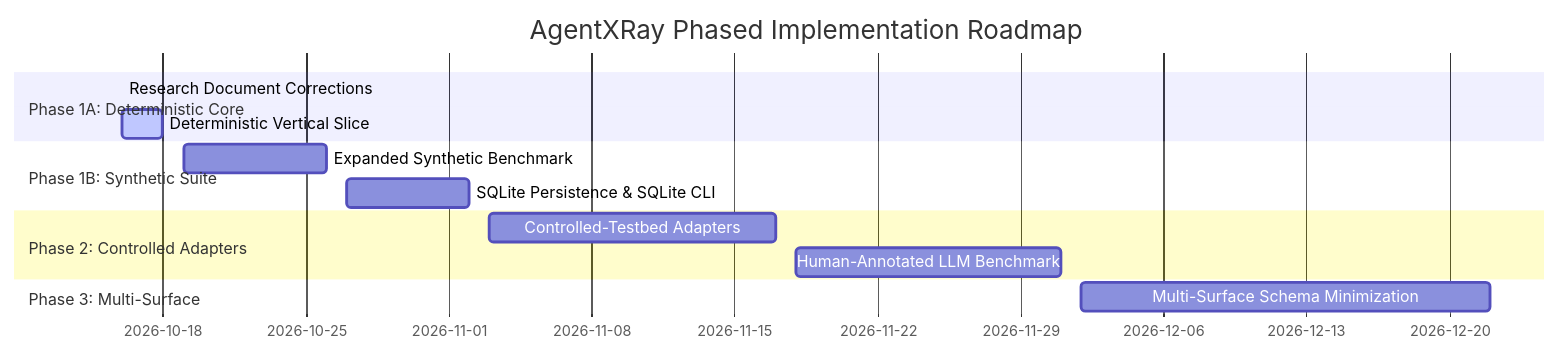
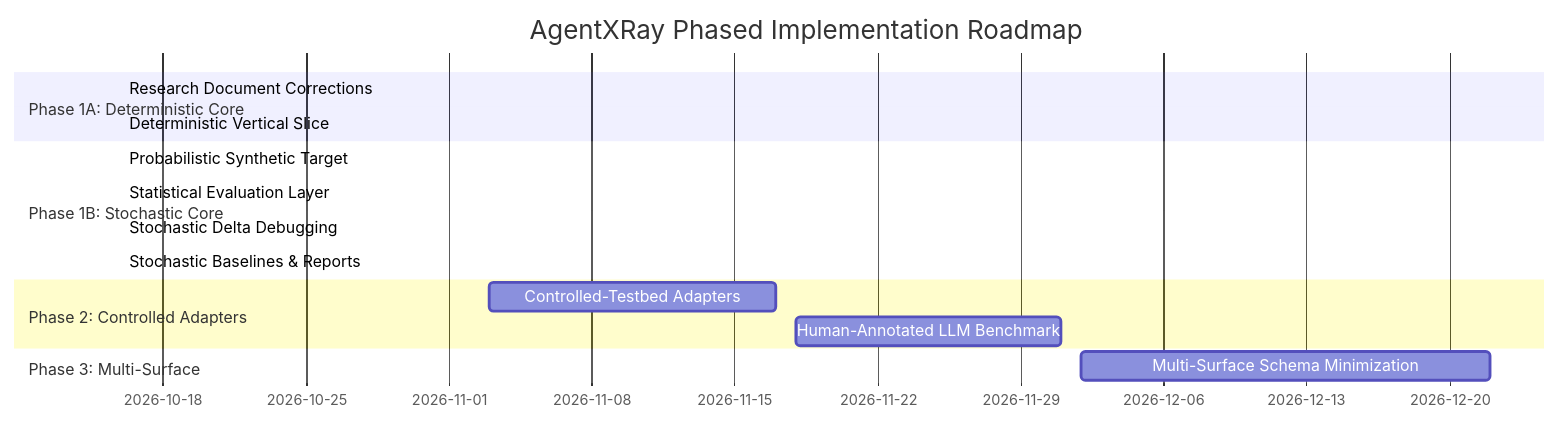
The diagram in docs/TECHNICAL_PLAN.md (yash-mishraa/AgentXRay), drawn with Mermaid before and after one commit. The commit also changed other lines of this file and 19 other files, not shown here.

Commit message:
feat: add stochastic synthetic experiments and statistical reliability framework

````diff
--- a/docs/TECHNICAL_PLAN.md
+++ b/docs/TECHNICAL_PLAN.md
@@ -153,16 +172,18 @@
 ```mermaid
 gantt
     title AgentXRay Phased Implementation Roadmap
     dateFormat  YYYY-MM-DD
     section Phase 1A: Deterministic Core
     Research Document Corrections   :done, 2026-10-16, 2026-10-16
-    Deterministic Vertical Slice    :active, 2026-10-16, 2026-10-18
-    section Phase 1B: Synthetic Suite
-    Expanded Synthetic Benchmark     :2026-10-19, 2026-10-26
-    SQLite Persistence & SQLite CLI  :2026-10-27, 2026-11-02
+    Deterministic Vertical Slice    :done, 2026-10-16, 2026-10-16
+    section Phase 1B: Stochastic Core
+    Probabilistic Synthetic Target  :done, 2026-10-16, 2026-10-16
+    Statistical Evaluation Layer     :done, 2026-10-16, 2026-10-16
+    Stochastic Delta Debugging      :done, 2026-10-16, 2026-10-16
+    Stochastic Baselines & Reports  :done, 2026-10-16, 2026-10-16
     section Phase 2: Controlled Adapters
     Controlled-Testbed Adapters      :2026-11-03, 2026-11-17
     Human-Annotated LLM Benchmark    :2026-11-18, 2026-12-01
     section Phase 3: Multi-Surface
     Multi-Surface Schema Minimization:2026-12-02, 2026-12-22
 ```
````
